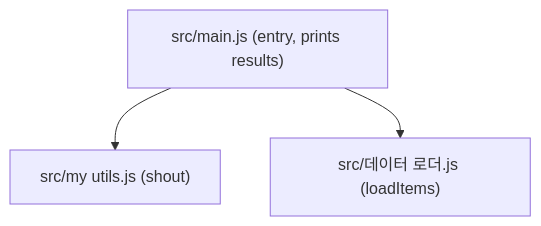
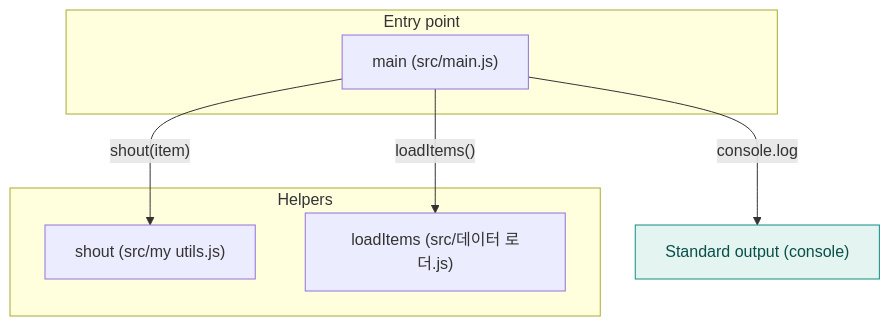
One commit to hxxnn/codemap changed the third of 3 diagrams in examples/edge-names/docs/codemap/architecture.md. Above: the diagram before and after it, drawn with Mermaid. The commit also changed other lines of this file and 35 other files, not shown here.

````diff
--- a/examples/edge-names/docs/codemap/architecture.md
+++ b/examples/edge-names/docs/codemap/architecture.md
@@ -40,8 +46,15 @@
 ```mermaid
 flowchart TD
-  main["src/main.js (entry, prints results)"]
-  utils["src/my utils.js (shout)"]
-  loader["src/데이터 로더.js (loadItems)"]
-  main --> utils
-  main --> loader
+  subgraph entry["Entry point"]
+    n1["main (src/main.js)"]
+  end
+  subgraph lib["Helpers"]
+    n2["shout (src/my utils.js)"]
+    n3["loadItems (src/데이터 로더.js)"]
+  end
+  n4["Standard output (console)"]:::external
+  n1 -->|"loadItems()"| n3
+  n1 -->|"shout(item)"| n2
+  n1 -->|"console.log"| n4
+  classDef external fill:#E3F4F1,stroke:#0E8F83,color:#0B4F49
 ```
````
